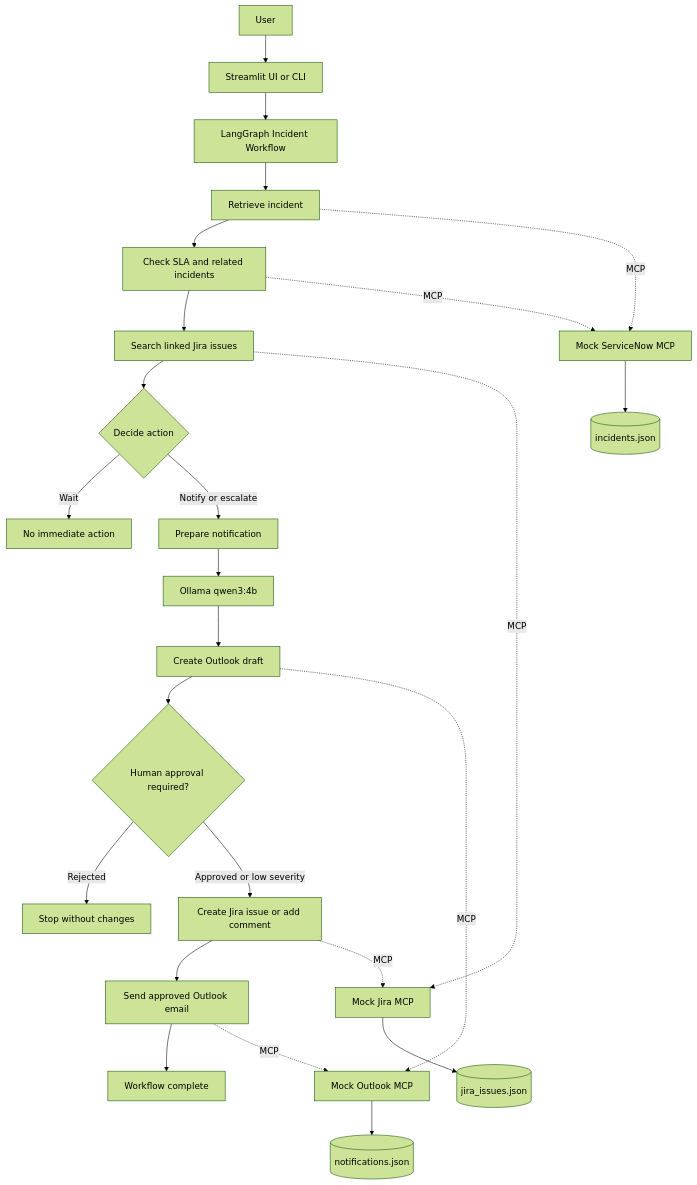
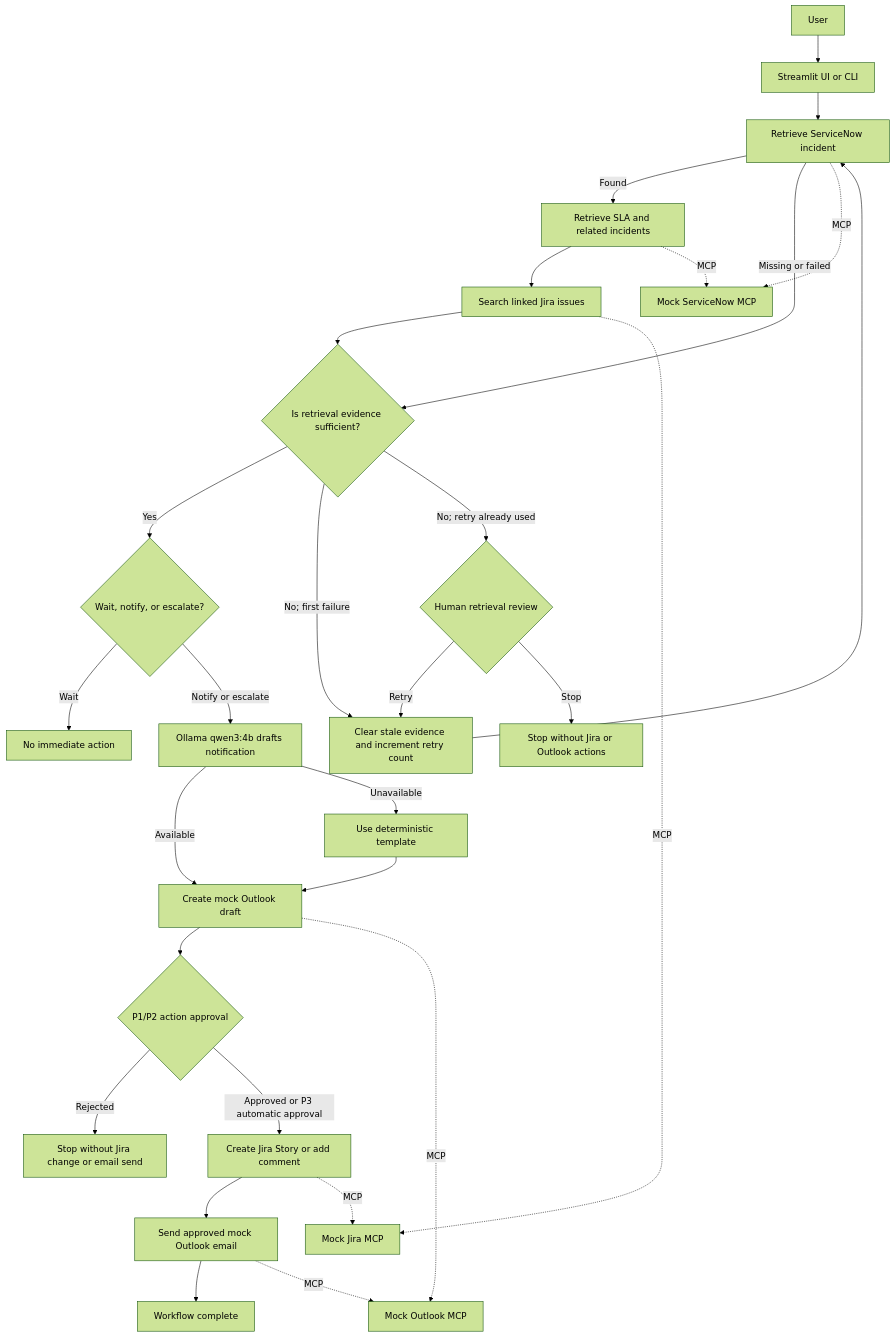
The diagram in README.md (vineetpkumar-cmd/incident-triage-agent), drawn with Mermaid (forest theme) before and after one commit. The commit also changed other lines of this file and 1 other file, not shown here.

Commit message:
docs: demonstrate agentic incident workflow

````diff
--- a/README.md
+++ b/README.md
@@ -7,27 +9,35 @@
 ```mermaid
 flowchart TD
     User["User"] --> UI["Streamlit UI or CLI"]
-    UI --> Graph["LangGraph Incident Workflow"]
-    Graph --> Retrieve["Retrieve incident"]
-    Retrieve --> Enrich["Check SLA and related incidents"]
+    UI --> Retrieve["Retrieve ServiceNow incident"]
+    Retrieve -->|Found| Enrich["Retrieve SLA and related incidents"]
+    Retrieve -->|Missing or failed| Assess{"Is retrieval evidence sufficient?"}
     Enrich --> JiraSearch["Search linked Jira issues"]
-    JiraSearch --> Decide{"Decide action"}
-    Decide -->|Wait| Stop["No immediate action"]
-    Decide -->|Notify or escalate| Draft["Prepare notification"]
-    Draft --> Ollama["Ollama qwen3:4b"]
-    Ollama --> OutlookDraft["Create Outlook draft"]
-    OutlookDraft --> Approval{"Human approval required?"}
-    Approval -->|Rejected| Rejected["Stop without changes"]
-    Approval -->|Approved or low severity| JiraAction["Create Jira issue or add comment"]
-    JiraAction --> Send["Send approved Outlook email"]
+    JiraSearch --> Assess
+
+    Assess -->|Yes| Decide{"Wait, notify, or escalate?"}
+    Assess -->|No; first failure| Retry["Clear stale evidence and increment retry count"]
+    Retry --> Retrieve
+    Assess -->|No; retry already used| RetrievalReview{"Human retrieval review"}
+    RetrievalReview -->|Retry| Retry
+    RetrievalReview -->|Stop| SafeStop["Stop without Jira or Outlook actions"]
+
+    Decide -->|Wait| NoAction["No immediate action"]
+    Decide -->|Notify or escalate| Ollama["Ollama qwen3:4b drafts notification"]
+    Ollama -->|Available| OutlookDraft["Create mock Outlook draft"]
+    Ollama -->|Unavailable| Fallback["Use deterministic template"]
+    Fallback --> OutlookDraft
+
+    OutlookDraft --> Approval{"P1/P2 action approval"}
+    Approval -->|Rejected| Rejected["Stop without Jira change or email send"]
+    Approval -->|Approved or P3 automatic approval| JiraAction["Create Jira Story or add comment"]
+    JiraAction --> Send["Send approved mock Outlook email"]
     Send --> Complete["Workflow complete"]
+
     Retrieve -. MCP .-> ServiceNow["Mock ServiceNow MCP"]
     Enrich -. MCP .-> ServiceNow
     JiraSearch -. MCP .-> Jira["Mock Jira MCP"]
     JiraAction -. MCP .-> Jira
     OutlookDraft -. MCP .-> Outlook["Mock Outlook MCP"]
     Send -. MCP .-> Outlook
-    ServiceNow --> IncidentData[("incidents.json")]
-    Jira --> JiraData[("jira_issues.json")]
-    Outlook --> NotificationData[("notifications.json")]
 ```
````
